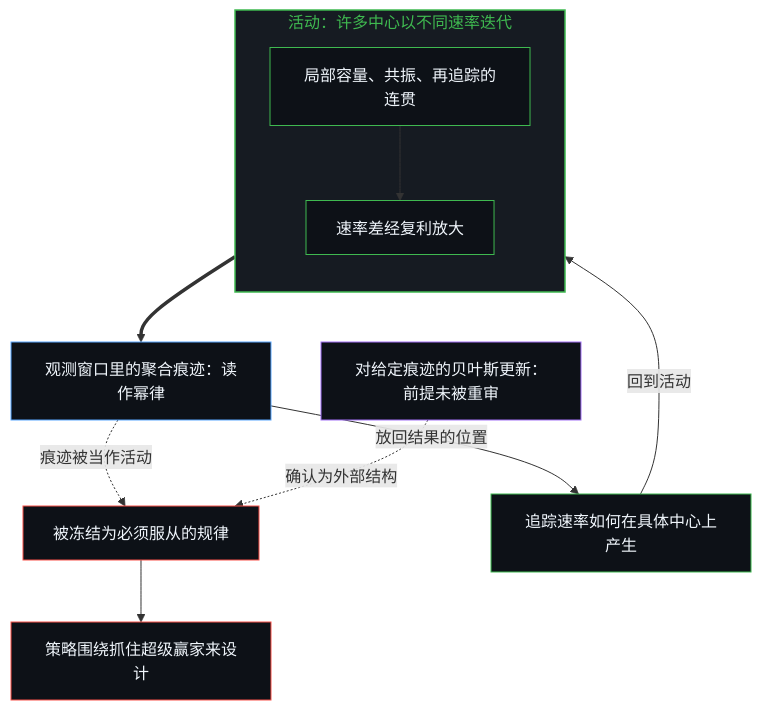
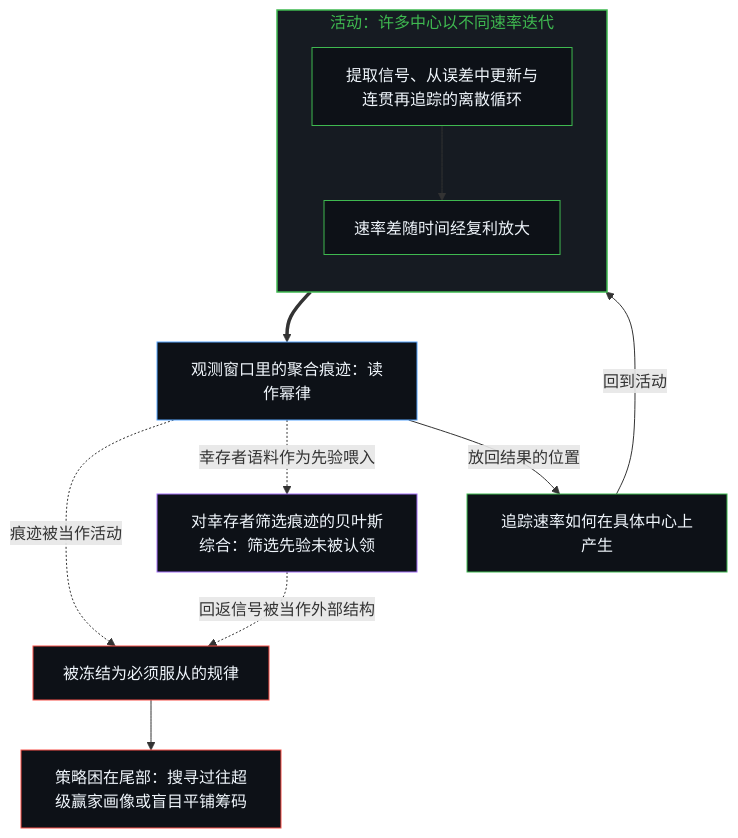
The first of 2 diagrams in content/posts/mi-lv-shi-jie-guo-de-biao-xiang.md (powerpig99/not-a-toe), drawn with Mermaid before and after one commit. The commit also changed other lines of this file and 5 other files, not shown here.

````diff
--- a/content/posts/mi-lv-shi-jie-guo-de-biao-xiang.md
+++ b/content/posts/mi-lv-shi-jie-guo-de-biao-xiang.md
@@ -47,27 +47,28 @@
 ```mermaid
 flowchart TD
     subgraph S_Act["活动：许多中心以不同速率迭代"]
         direction TB
-        A1["局部容量、共振、再追踪的连贯"]
-        A2["速率差经复利放大"]
+        A1["提取信号、从误差中更新与连贯再追踪的离散循环"]
+        A2["速率差随时间经复利放大"]
     end
     W["观测窗口里的聚合痕迹：读作幂律"]
     F["被冻结为必须服从的规律"]
-    St["策略围绕抓住超级赢家来设计"]
-    B["对给定痕迹的贝叶斯更新：前提未被重审"]
+    St["策略困在尾部：搜寻过往超级赢家画像或盲目平铺筹码"]
+    B["对幸存者筛选痕迹的贝叶斯综合：筛选先验未被认领"]
     T["追踪速率如何在具体中心上产生"]
     A1 --> A2
     A2 ==> W
     W -.->|"痕迹被当作活动"| F --> St
-    B -.->|"确认为外部结构"| F
+    W -.->|"幸存者语料作为先验喂入"| B
+    B -.->|"回返信号被当作外部结构"| F
     W -->|"放回结果的位置"| T
     T -->|"回到活动"| A1
     style S_Act fill:#161b22,stroke:#3fb950,stroke-width:1.5px,color:#3fb950
     style A1 fill:#0d1117,stroke:#3fb950,stroke-width:1px,color:#f0f6fc
     style A2 fill:#0d1117,stroke:#3fb950,stroke-width:1px,color:#f0f6fc
     style W fill:#0d1117,stroke:#58a6ff,stroke-width:1px,color:#f0f6fc
     style F fill:#0d1117,stroke:#f85149,stroke-width:1px,color:#f0f6fc
     style St fill:#0d1117,stroke:#f85149,stroke-width:1px,color:#f0f6fc
     style B fill:#0d1117,stroke:#a371f7,stroke-width:1px,color:#f0f6fc
     style T fill:#0d1117,stroke:#3fb950,stroke-width:1px,color:#f0f6fc
 ```
````
